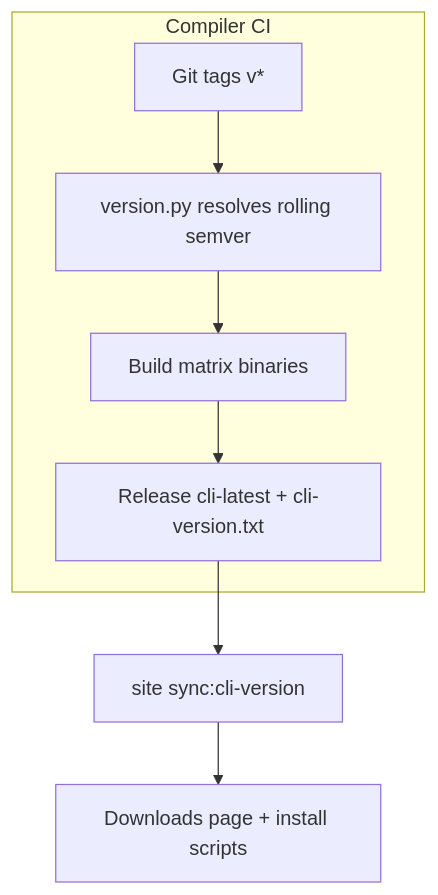
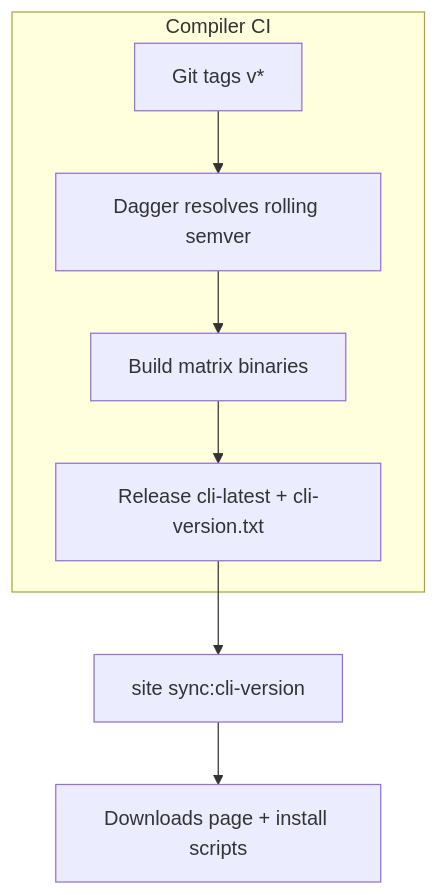
One commit to Cyber-Nomad-Collective/beskid changed the diagram in site/website/src/content/docs/book/01-it-works-on-my-machine/downloads-and-releases.md. Above: the diagram before and after it, drawn with Mermaid. The commit also changed other lines of this file and 10 other files, not shown here.

````diff
--- a/site/website/src/content/docs/book/01-it-works-on-my-machine/downloads-and-releases.md
+++ b/site/website/src/content/docs/book/01-it-works-on-my-machine/downloads-and-releases.md
@@ -13,10 +13,10 @@
 ```mermaid
 flowchart TD
   subgraph ci [Compiler CI]
-    T[Git tags v*] --> V[version.py resolves rolling semver]
+    T[Git tags v*] --> V[Dagger resolves rolling semver]
     V --> B[Build matrix binaries]
     B --> R[Release cli-latest + cli-version.txt]
   end
   R --> S[site sync:cli-version]
   S --> D[Downloads page + install scripts]
 ```
````
